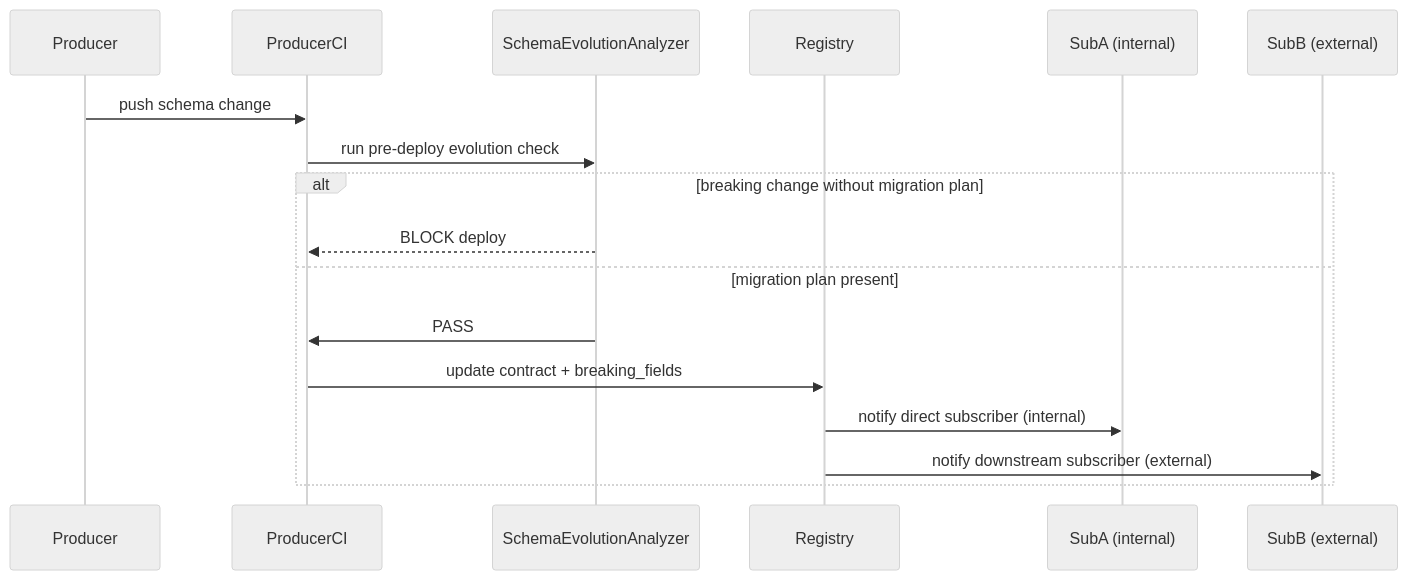
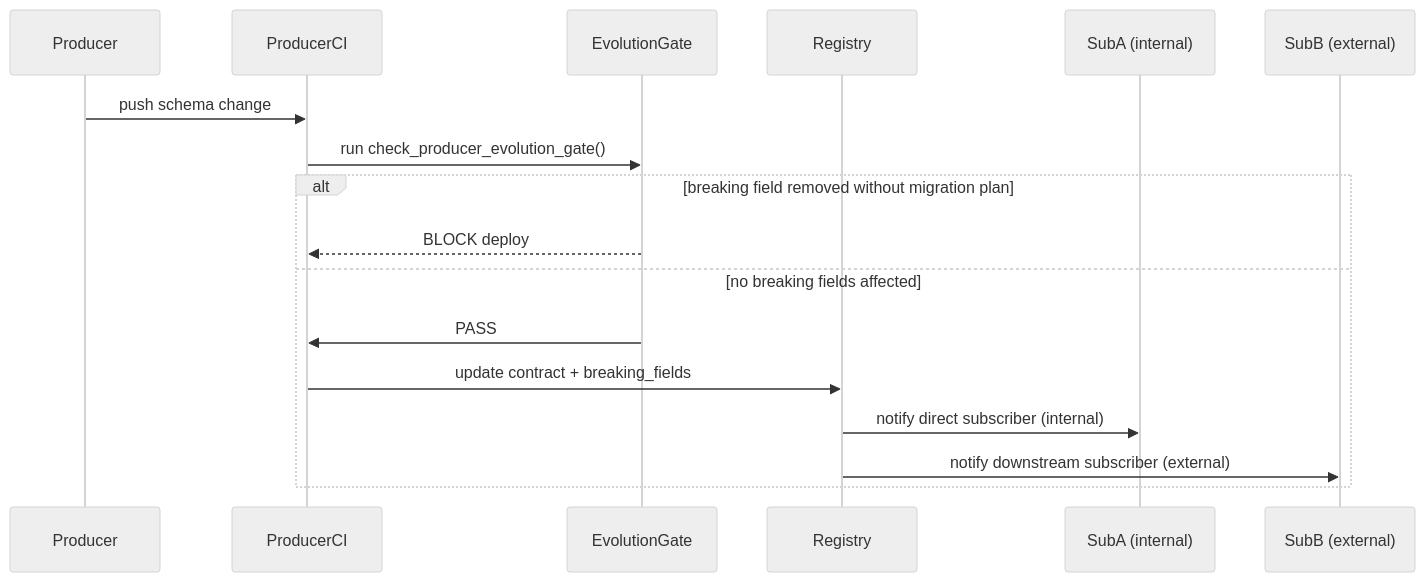
One commit to nebiyou27/data-contract-enforcer changed the diagram in DOMAIN_NOTES.md. Above: the diagram before and after it, drawn with Mermaid (neutral theme). The commit also changed other lines of this file and 6 other files, not shown here.

First line of the commit message:
Align registry to new schema, add producer-side evolution gate, mark out-of-scope sources

````diff
--- a/DOMAIN_NOTES.md
+++ b/DOMAIN_NOTES.md
@@ -17,20 +28,20 @@
 ```mermaid
 sequenceDiagram
     participant Producer as Producer
     participant CI as ProducerCI
-    participant Analyzer as SchemaEvolutionAnalyzer
+    participant Gate as EvolutionGate
     participant Registry as Registry
     participant SubA as SubA (internal)
     participant SubB as SubB (external)
 
     Producer->>CI: push schema change
-    CI->>Analyzer: run pre-deploy evolution check
-    alt breaking change without migration plan
-        Analyzer-->>CI: BLOCK deploy
-    else migration plan present
-        Analyzer->>CI: PASS
+    CI->>Gate: run check_producer_evolution_gate()
+    alt breaking field removed without migration plan
+        Gate-->>CI: BLOCK deploy
+    else no breaking fields affected
+        Gate->>CI: PASS
         CI->>Registry: update contract + breaking_fields
         Registry->>SubA: notify direct subscriber (internal)
         Registry->>SubB: notify downstream subscriber (external)
     end
 ```
````
